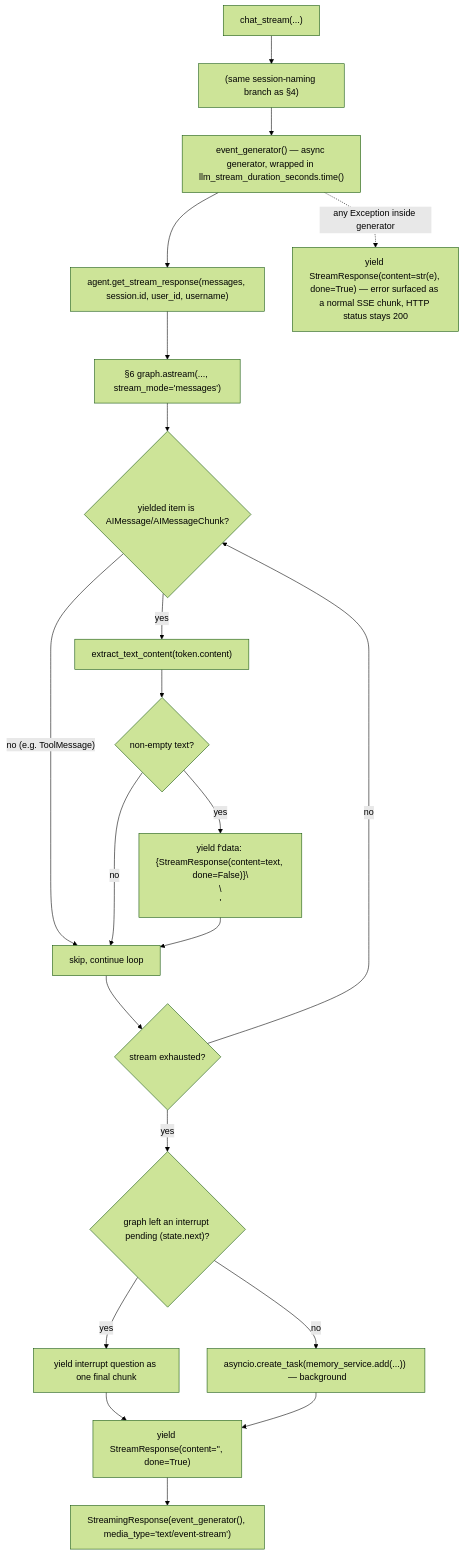
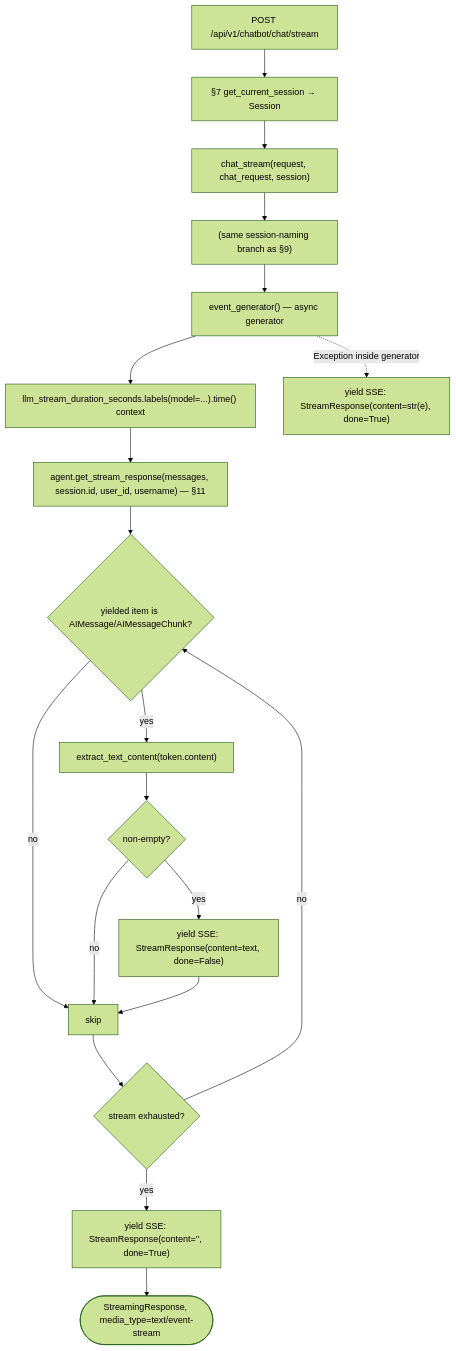
One commit to yashwilk/Craster_ChatBot changed the tenth of 18 diagrams in dataflow.md. Above: the diagram before and after it, drawn with Mermaid (forest theme). The commit also changed other lines of this file, not shown here.

````diff
--- a/dataflow.md
+++ b/dataflow.md
@@ -272,23 +338,21 @@
 ```mermaid
 flowchart TD
-    A["chat_stream(...)"] --> B["(same session-naming branch as §4)"]
-    B --> C["event_generator() — async generator, wrapped in llm_stream_duration_seconds.time()"]
-    C --> D["agent.get_stream_response(messages, session.id, user_id, username)"]
-    D --> E["§6 graph.astream(..., stream_mode='messages')"]
-    E --> F{"yielded item is AIMessage/AIMessageChunk?"}
-    F -- no (e.g. ToolMessage) --> G["skip, continue loop"]
-    F -- yes --> H["extract_text_content(token.content)"]
-    H --> I{"non-empty text?"}
-    I -- no --> G
-    I -- yes --> J["yield f'data: {StreamResponse(content=text, done=False)}\\n\\n'"]
-    J --> G
-    G --> K{"stream exhausted?"}
-    K -- no --> F
-    K -- yes --> L{"graph left an interrupt pending (state.next)?"}
-    L -- yes --> M["yield interrupt question as one final chunk"]
-    L -- no --> N["asyncio.create_task(memory_service.add(...))  — background"]
-    M --> O["yield StreamResponse(content='', done=True)"]
-    N --> O
-    O --> P["StreamingResponse(event_generator(), media_type='text/event-stream')"]
-    C -.->|"any Exception inside generator"| Q["yield StreamResponse(content=str(e), done=True) — error surfaced as a normal SSE chunk, HTTP status stays 200"]
+    A["POST /api/v1/chatbot/chat/stream"] --> B["§7 get_current_session → Session"]
+    B --> C["chat_stream(request, chat_request, session)"]
+    C --> D["(same session-naming branch as §9)"]
+    D --> E["event_generator() — async generator"]
+    E --> F["llm_stream_duration_seconds.labels(model=...).time() context"]
+    F --> G["agent.get_stream_response(messages, session.id, user_id, username) — §11"]
+    G --> H{"yielded item is AIMessage/AIMessageChunk?"}
+    H -- no --> I["skip"]
+    H -- yes --> J["extract_text_content(token.content)"]
+    J --> K{"non-empty?"}
+    K -- no --> I
+    K -- yes --> L["yield SSE: StreamResponse(content=text, done=False)"]
+    L --> I
+    I --> M{"stream exhausted?"}
+    M -- no --> H
+    M -- yes --> N["yield SSE: StreamResponse(content='', done=True)"]
+    N --> O(["StreamingResponse, media_type=text/event-stream"])
+    E -.->|Exception inside generator| P["yield SSE: StreamResponse(content=str(e), done=True)"]
 ```
````
